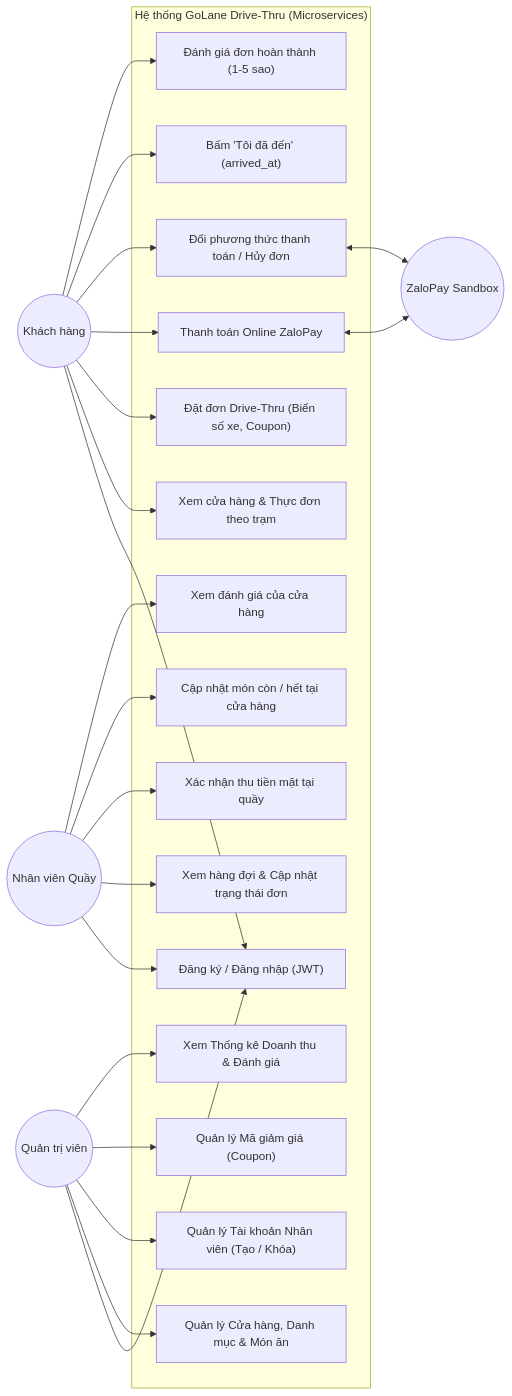
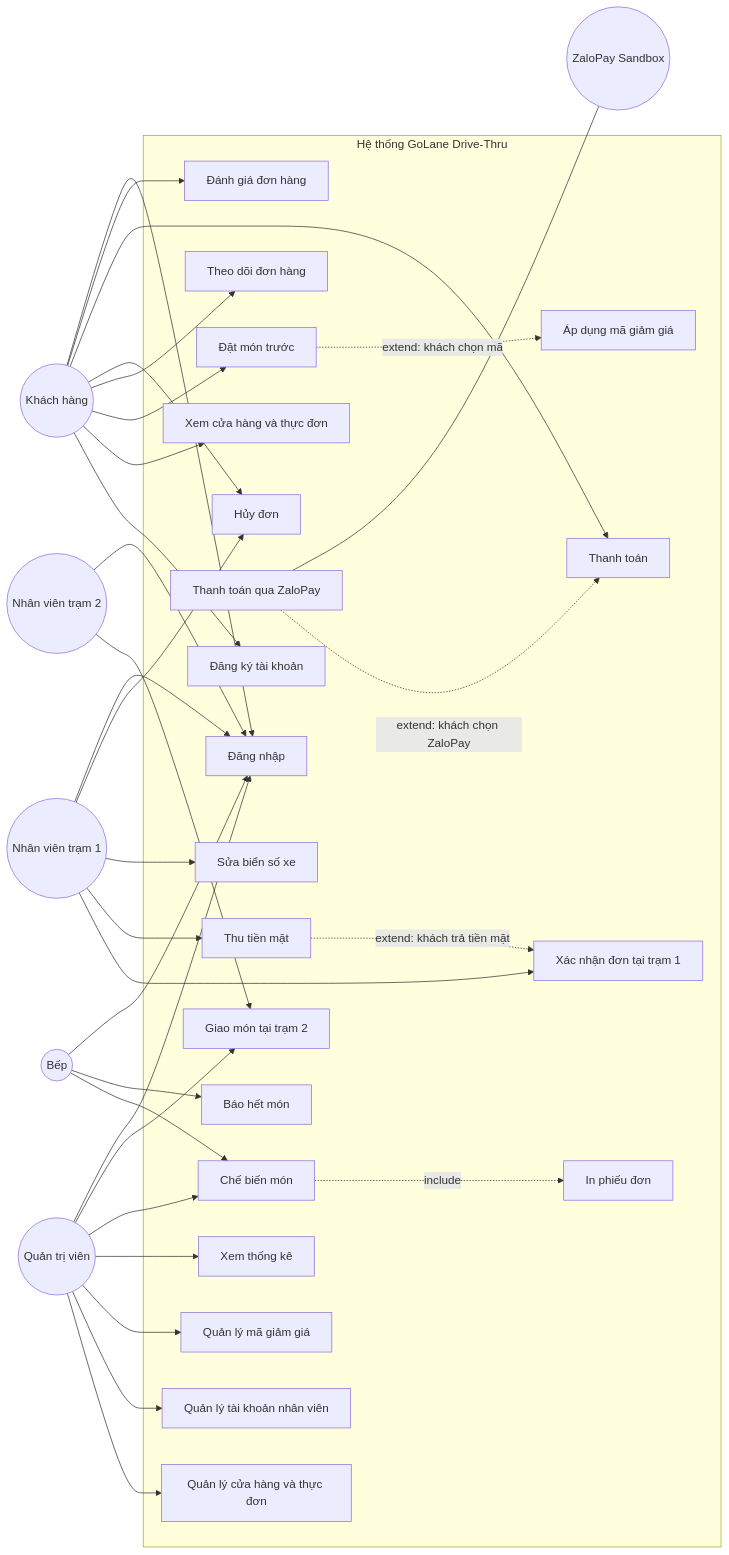
One commit to MinhThaiDangCap/SOA_FinalReport_DriveThru changed the first of 4 diagrams in docs/THIET_KE_HE_THONG_USECASE_ERD.md. Above: the diagram before and after it, drawn with Mermaid. The commit also changed other lines of this file and 41 other files, not shown here.

First line of the commit message:
feat: mô hình drive-thru 2 trạm, thêm vai trò Bếp, hàng đợi ưu tiên đơn nhanh

````diff
--- a/docs/THIET_KE_HE_THONG_USECASE_ERD.md
+++ b/docs/THIET_KE_HE_THONG_USECASE_ERD.md
@@ -15,50 +21,73 @@
 ```mermaid
 flowchart LR
     C((Khách hàng))
-    S((Nhân viên Quầy))
+    S1((Nhân viên trạm 1))
+    K((Bếp))
+    S2((Nhân viên trạm 2))
     A((Quản trị viên))
-    M((ZaloPay Sandbox))
+    Z((ZaloPay Sandbox))
 
-    subgraph GoLane["Hệ thống GoLane Drive-Thru (Microservices)"]
-        UC1["Đăng ký / Đăng nhập (JWT)"]
-        UC2["Xem cửa hàng & Thực đơn theo trạm"]
-        UC3["Đặt đơn Drive-Thru (Biển số xe, Coupon)"]
-        UC4["Thanh toán Online ZaloPay"]
-        UC5["Đổi phương thức thanh toán / Hủy đơn"]
-        UC6["Bấm 'Tôi đã đến' (arrived_at)"]
-        UC7["Đánh giá đơn hoàn thành (1-5 sao)"]
+    subgraph GoLane["Hệ thống GoLane Drive-Thru"]
+        UC1["Đăng nhập"]
+        UC2["Đăng ký tài khoản"]
+        UC3["Xem cửa hàng và thực đơn"]
+        UC4["Đặt món trước"]
+        UC5["Áp dụng mã giảm giá"]
+        UC6["Theo dõi đơn hàng"]
+        UC7["Hủy đơn"]
+        UC8["Thanh toán"]
+        UC9["Thanh toán qua ZaloPay"]
+        UC10["Đánh giá đơn hàng"]
 
-        UC8["Xem hàng đợi & Cập nhật trạng thái đơn"]
-        UC9["Xác nhận thu tiền mặt tại quầy"]
-        UC10["Cập nhật món còn / hết tại cửa hàng"]
-        UC11["Xem đánh giá của cửa hàng"]
+        UC11["Xác nhận đơn tại trạm 1"]
+        UC12["Thu tiền mặt"]
+        UC13["Sửa biển số xe"]
 
-        UC12["Quản lý Cửa hàng, Danh mục & Món ăn"]
-        UC13["Quản lý Tài khoản Nhân viên (Tạo / Khóa)"]
-        UC14["Quản lý Mã giảm giá (Coupon)"]
-        UC15["Xem Thống kê Doanh thu & Đánh giá"]
+        UC14["Chế biến món"]
+        UC15["In phiếu đơn"]
+        UC16["Báo hết món"]
+
+        UC17["Giao món tại trạm 2"]
+
+        UC18["Quản lý cửa hàng và thực đơn"]
+        UC19["Quản lý tài khoản nhân viên"]
+        UC20["Quản lý mã giảm giá"]
+        UC21["Xem thống kê"]
     end
 
-    C --> UC1
     C --> UC2
     C --> UC3
     C --> UC4
-    C --> UC5
     C --> UC6
     C --> UC7
+    C --> UC8
+    C --> UC10
+    UC4 -. "extend: khách chọn mã" .-> UC5
+    UC9 -. "extend: khách chọn ZaloPay" .-> UC8
+    UC9 --- Z
 
-    S --> UC1
-    S --> UC8
-    S --> UC9
-    S --> UC10
-    S --> UC11
+    S1 --> UC11
+    S1 --> UC12
+    S1 --> UC13
+    S1 --> UC7
+    UC12 -. "extend: khách trả tiền mặt" .-> UC11
 
+    K --> UC14
+    K --> UC16
+    UC14 -. "include" .-> UC15
+
+    S2 --> UC17
+
+    A --> UC18
+    A --> UC19
+    A --> UC20
+    A --> UC21
+    A --> UC14
+    A --> UC17
+
+    S1 --> UC1
+    K --> UC1
+    S2 --> UC1
     A --> UC1
-    A --> UC12
-    A --> UC13
-    A --> UC14
-    A --> UC15
-
-    UC4 <--> M
-    UC5 <--> M
+    C --> UC1
 ```
````
